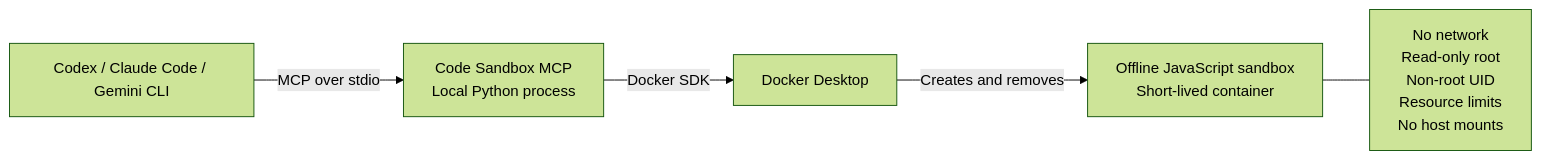
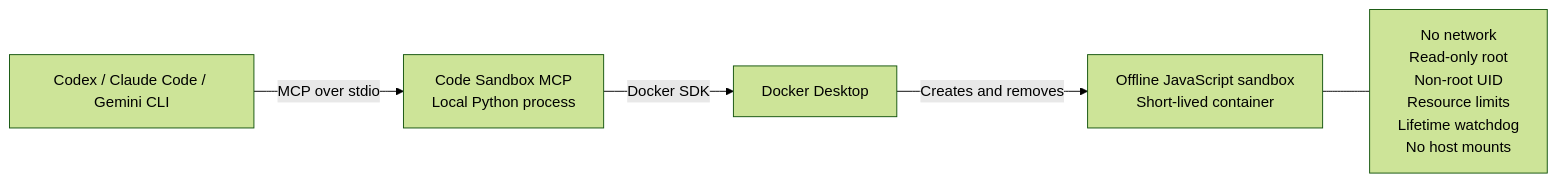
One commit to tobiasGuta/Code-Sandbox-MCP changed the diagram in README.md. Above: the diagram before and after it, drawn with Mermaid (forest theme). The commit also changed other lines of this file and 17 other files, not shown here.

````diff
--- a/README.md
+++ b/README.md
@@ -54,13 +58,13 @@
 ```mermaid
 flowchart LR
     Client["Codex / Claude Code / Gemini CLI"]
     MCP["Code Sandbox MCP<br/>Local Python process"]
     Docker["Docker Desktop"]
     Sandbox["Offline JavaScript sandbox<br/>Short-lived container"]
-    Controls["No network<br/>Read-only root<br/>Non-root UID<br/>Resource limits<br/>No host mounts"]
+    Controls["No network<br/>Read-only root<br/>Non-root UID<br/>Resource limits<br/>Lifetime watchdog<br/>No host mounts"]
 
     Client -->|"MCP over stdio"| MCP
     MCP -->|"Docker SDK"| Docker
     Docker -->|"Creates and removes"| Sandbox
     Sandbox --- Controls
 ```
````
